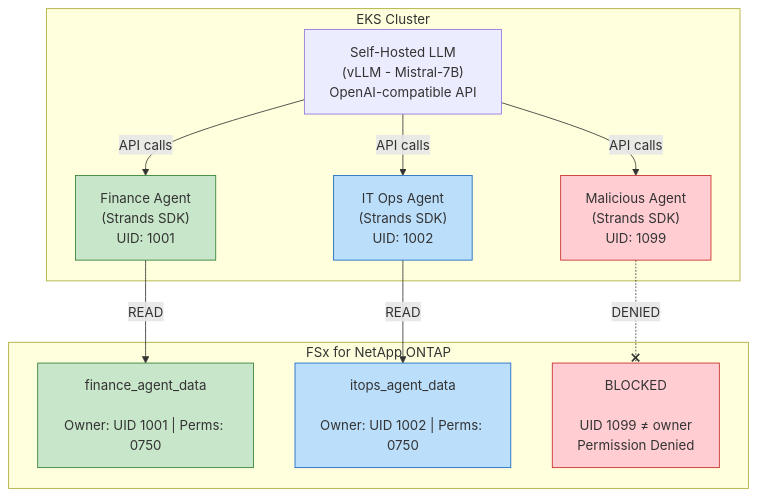
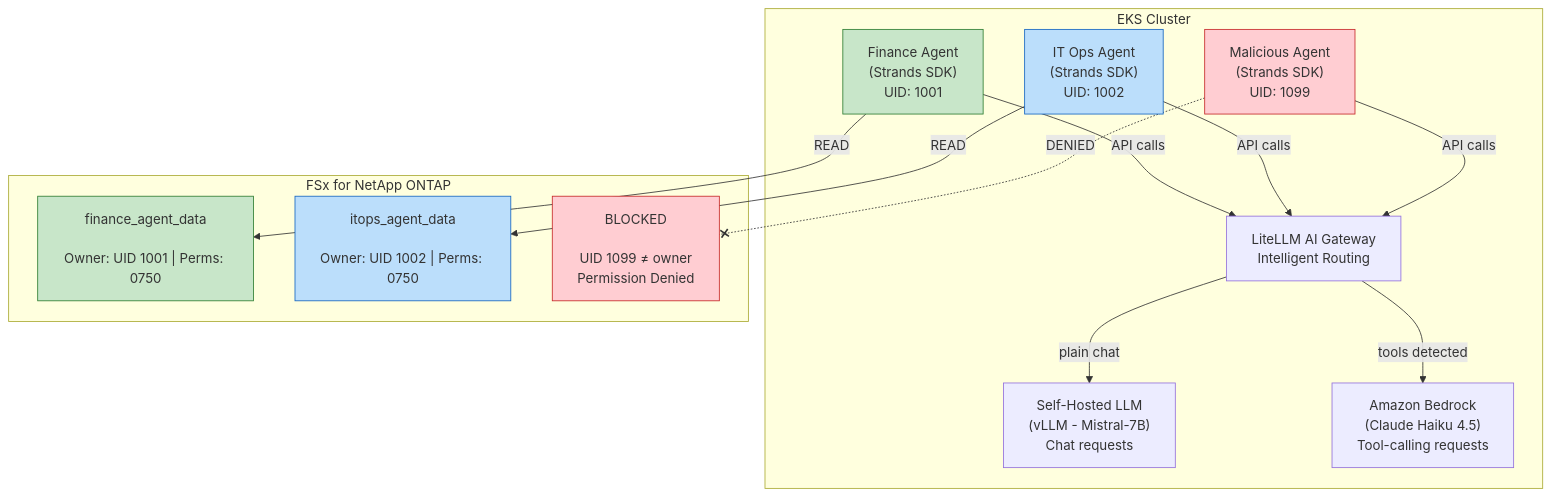
Before and after one commit to git4example/genai-fsx-netapp-ontap-workshop-on-eks-auto: the diagram in content/600_module6_agentic_fsxn/index.en.md, drawn with Mermaid. The commit also changed 14 other files, not shown here.

First line of the commit message:
feat(module2,6): Add LiteLLM AI Gateway for intelligent model routing

````diff
--- a/content/600_module6_agentic_fsxn/index.en.md
+++ b/content/600_module6_agentic_fsxn/index.en.md
@@ -26,30 +26,34 @@
 ```mermaid
 flowchart TD
     subgraph EKS["EKS Cluster"]
-        LLM["Self-Hosted LLM\n(vLLM - Mistral-7B)\nOpenAI-compatible API"]
-        LLM -->|API calls| FA
-        LLM -->|API calls| IA
-        LLM -->|API calls| MA
+        GW["LiteLLM AI Gateway\nIntelligent Routing"]
+        LLM["Self-Hosted LLM\n(vLLM - Mistral-7B)\nChat requests"]
+        BR["Amazon Bedrock\n(Claude Haiku 4.5)\nTool-calling requests"]
+        GW -->|plain chat| LLM
+        GW -->|tools detected| BR
 
         FA["Finance Agent\n(Strands SDK)\nUID: 1001"]
         IA["IT Ops Agent\n(Strands SDK)\nUID: 1002"]
         MA["Malicious Agent\n(Strands SDK)\nUID: 1099"]
+        FA -->|API calls| GW
+        IA -->|API calls| GW
+        MA -->|API calls| GW
     end
 
     subgraph FSxN["FSx for NetApp ONTAP"]
         FV["finance_agent_data\n\nOwner: UID 1001 | Perms: 0750"]
         IV["itops_agent_data\n\nOwner: UID 1002 | Perms: 0750"]
         BL["BLOCKED\n\nUID 1099 ≠ owner\nPermission Denied"]
     end
 
     FA -->|"READ"| FV
     IA -->|"READ"| IV
     MA -.-x|"DENIED"| BL
 
     style FA fill:#c8e6c9,stroke:#2e7d32
     style IA fill:#bbdefb,stroke:#1565c0
     style MA fill:#ffcdd2,stroke:#c62828
     style FV fill:#c8e6c9,stroke:#2e7d32
     style IV fill:#bbdefb,stroke:#1565c0
     style BL fill:#ffcdd2,stroke:#c62828
 ```
````
